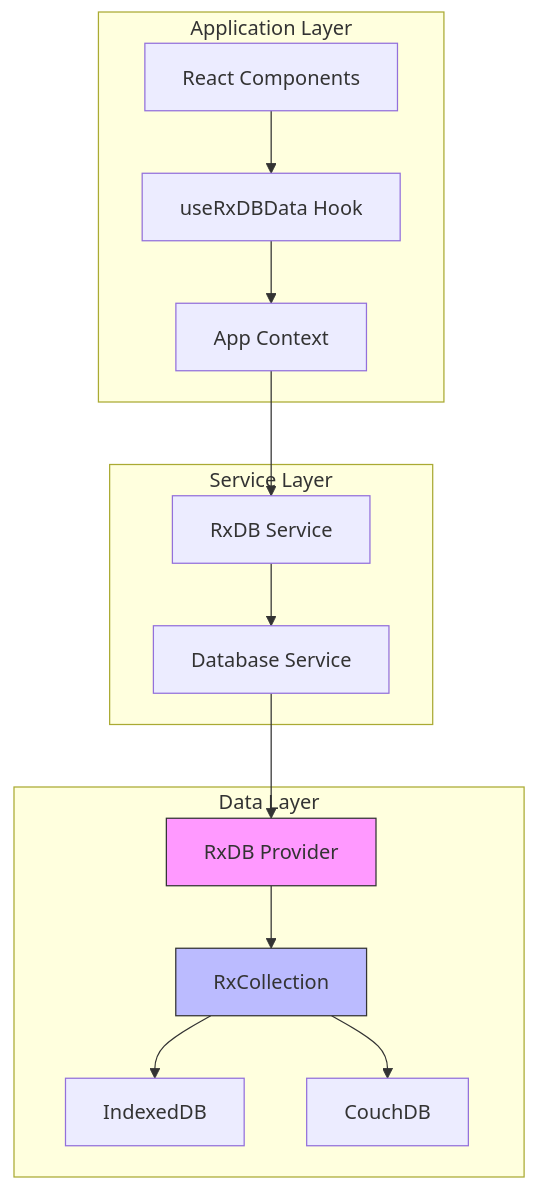
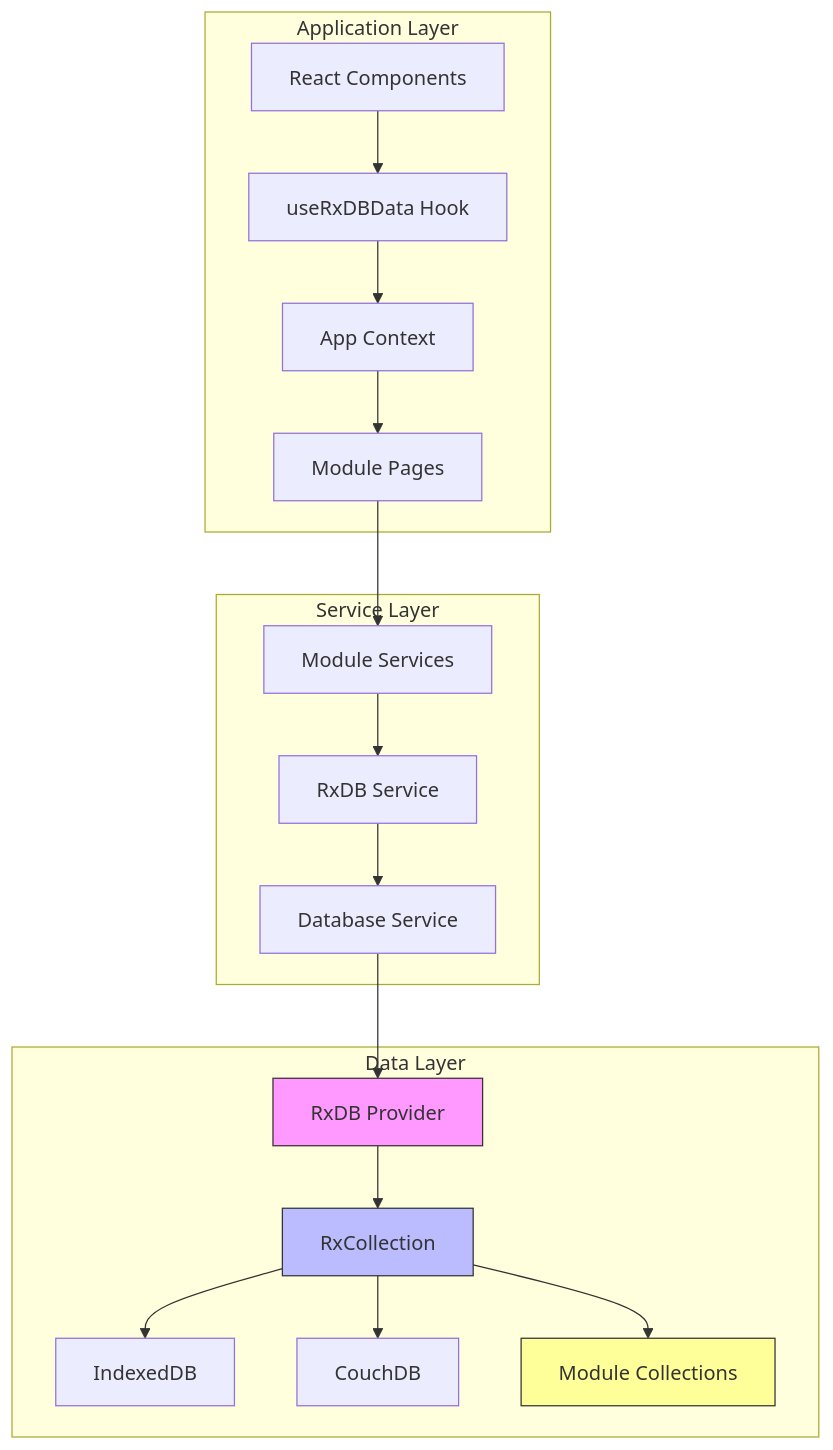
One commit to geniusdynamics/schoolpilot changed the first of 4 diagrams in .qoder/repowiki/en/content/Architecture Overview/Data Management Architecture/Database Provider Architecture/RxDB Provider Implementation.md. Above: the diagram before and after it, drawn with Mermaid. The commit also changed other lines of this file and 760 other files, not shown here.

````diff
--- a/.qoder/repowiki/en/content/Architecture Overview/Data Management Architecture/Database Provider Architecture/RxDB Provider Implementation.md
+++ b/.qoder/repowiki/en/content/Architecture Overview/Data Management Architecture/Database Provider Architecture/RxDB Provider Implementation.md
@@ -33,28 +49,35 @@
 ```mermaid
 graph TB
 subgraph "Application Layer"
 A[React Components]
 B[useRxDBData Hook]
 C[App Context]
+D[Module Pages]
 end
 subgraph "Service Layer"
-D[RxDB Service]
-E[Database Service]
+E[RxDB Service]
+F[Database Service]
+G[Module Services]
 end
 subgraph "Data Layer"
-F[RxDB Provider]
-G[RxCollection]
-H[IndexedDB]
-I[CouchDB]
+H[RxDB Provider]
+I[RxCollection]
+J[IndexedDB]
+K[CouchDB]
+L[Module Collections]
 end
 A --> B
 B --> C
 C --> D
-D --> E
+D --> G
+G --> E
 E --> F
-F --> G
-G --> H
-G --> I
-style F fill:#f9f,stroke:#333
-style G fill:#bbf,stroke:#333
+F --> H
+H --> I
+I --> J
+I --> K
+I --> L
+style H fill:#f9f,stroke:#333
+style I fill:#bbf,stroke:#333
+style L fill:#ff9,stroke:#333
 ```
````
